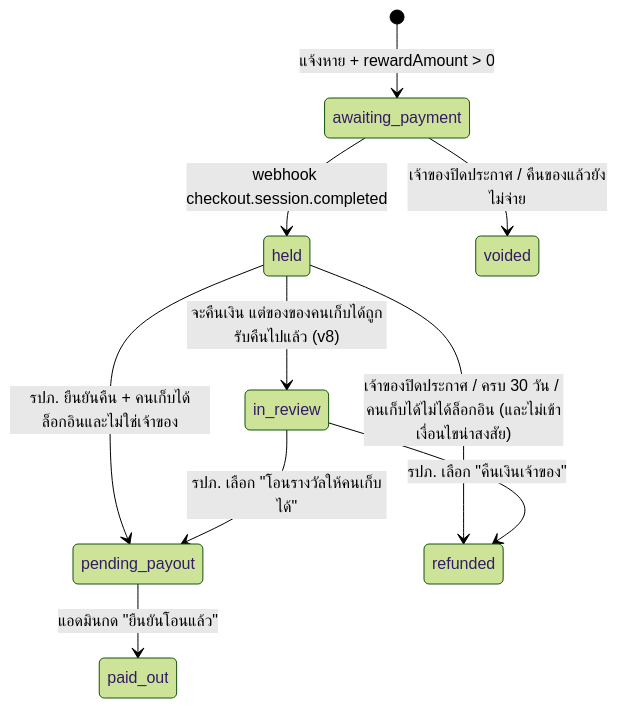
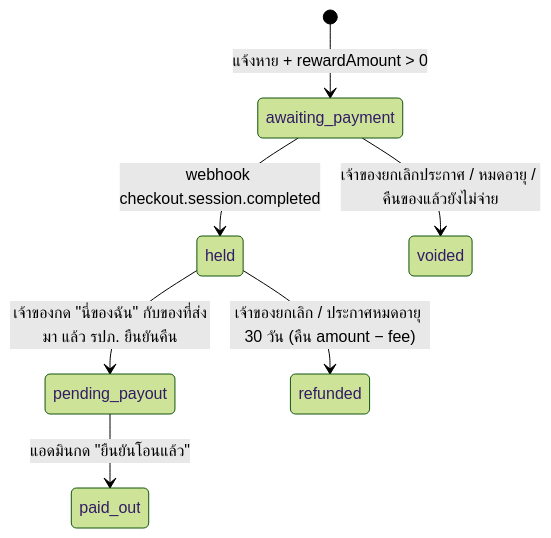
Before and after one commit to darunpob/cs446_FinalProject: the second of 2 diagrams in docs/API_CONTRACT.md, drawn with Mermaid (forest theme). The commit also changed other lines of this file and 34 other files, not shown here.

````diff
--- a/docs/API_CONTRACT.md
+++ b/docs/API_CONTRACT.md
@@ -155,12 +186,9 @@
 ```mermaid
 stateDiagram-v2
   [*] --> awaiting_payment: แจ้งหาย + rewardAmount > 0
   awaiting_payment --> held: webhook checkout.session.completed
-  awaiting_payment --> voided: เจ้าของปิดประกาศ / คืนของแล้วยังไม่จ่าย
-  held --> pending_payout: รปภ. ยืนยันคืน + คนเก็บได้ล็อกอินและไม่ใช่เจ้าของ
-  held --> refunded: เจ้าของปิดประกาศ / ครบ 30 วัน / คนเก็บได้ไม่ได้ล็อกอิน (และไม่เข้าเงื่อนไขน่าสงสัย)
-  held --> in_review: จะคืนเงิน แต่ของของคนเก็บได้ถูกรับคืนไปแล้ว (v8)
-  in_review --> pending_payout: รปภ. เลือก "โอนรางวัลให้คนเก็บได้"
-  in_review --> refunded: รปภ. เลือก "คืนเงินเจ้าของ"
+  awaiting_payment --> voided: เจ้าของยกเลิกประกาศ / หมดอายุ / คืนของแล้วยังไม่จ่าย
+  held --> pending_payout: เจ้าของกด "นี่ของฉัน" กับของที่ส่งมา แล้ว รปภ. ยืนยันคืน
+  held --> refunded: เจ้าของยกเลิก / ประกาศหมดอายุ 30 วัน (คืน amount − fee)
   pending_payout --> paid_out: แอดมินกด "ยืนยันโอนแล้ว"
 ```
````
